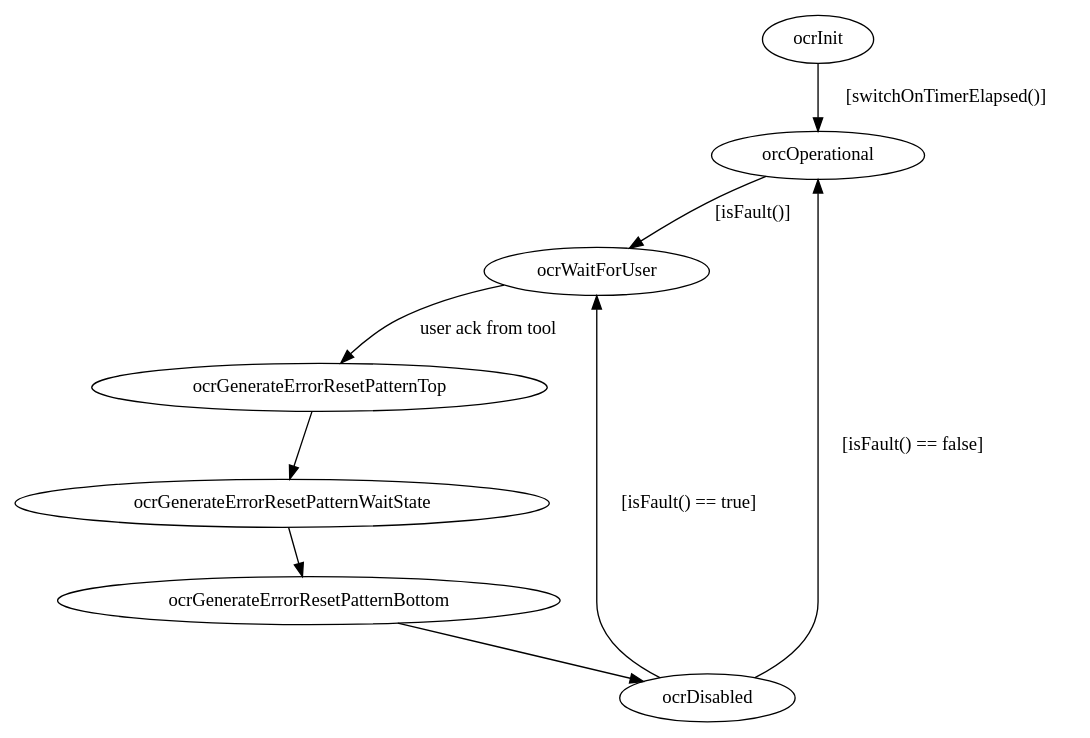
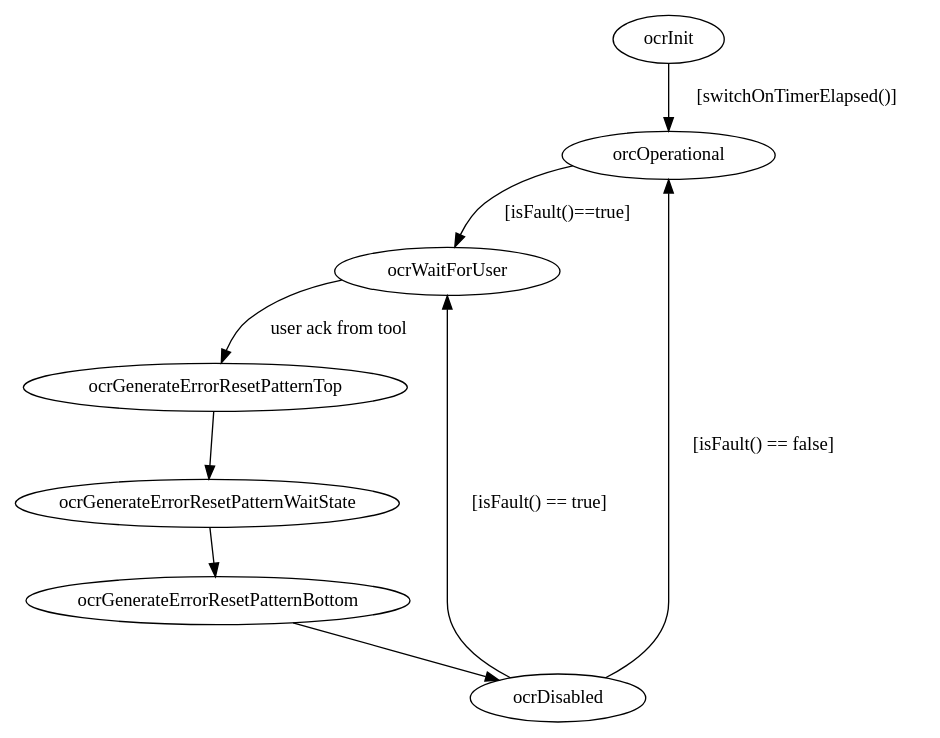
Before and after one commit to DocDilbert/PythonTemplates: the diagram in graphviz/power_stage_release.dot, drawn with Graphviz.

Commit message:
Changed graph

```diff
--- a/graphviz/power_stage_release.dot
+++ b/graphviz/power_stage_release.dot
@@ -1,11 +1,19 @@
 // State Machine of the power stage release pattern generator
 digraph G {
+    
     ocrInit -> orcOperational [label=" [switchOnTimerElapsed()]"];
-    orcOperational -> ocrWaitForUser [label="[isFault()]"];
-    ocrWaitForUser -> ocrGenerateErrorResetPatternTop [label=" user ack from tool"];
-    ocrGenerateErrorResetPatternTop -> ocrGenerateErrorResetPatternWaitState
-    ocrGenerateErrorResetPatternWaitState -> ocrGenerateErrorResetPatternBottom
-    ocrGenerateErrorResetPatternBottom -> ocrDisabled [weight=2]
+    orcOperational -> ocrWaitForUser [label="[isFault()==true]"];
+    {
+        node [fixedsize=true, width=4];    
+        ocrWaitForUser -> ocrGenerateErrorResetPatternTop [label=" user ack from tool"];
+        ocrGenerateErrorResetPatternTop -> ocrGenerateErrorResetPatternWaitState
+        ocrGenerateErrorResetPatternWaitState -> ocrGenerateErrorResetPatternBottom
+       
+    }
+     ocrGenerateErrorResetPatternBottom -> ocrDisabled [weight=2]
     ocrDisabled->ocrWaitForUser [weight=3, label=" [isFault() == true]"];
     ocrDisabled->orcOperational [weight=5, label=" [isFault() == false]"];
+
+   
+    
 }
```
